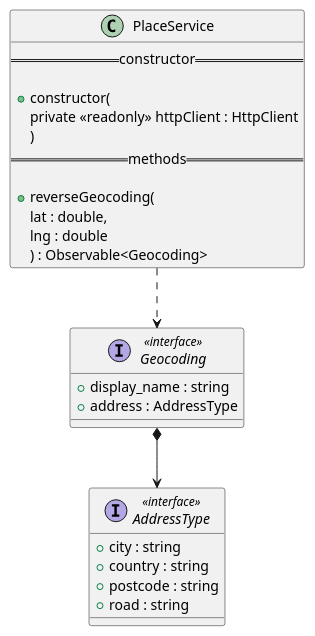
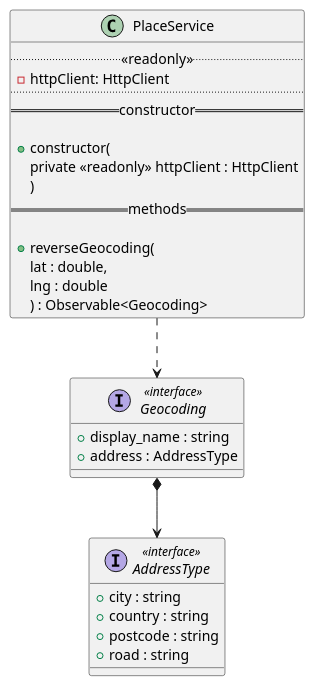
The diagram in docs/diagrams/services/placeservice.pu (GruppOne/stalker-web-app), drawn with PlantUML before and after one commit. The commit also changed 26 other files, not shown here.

Commit message:
docs: fix class diagrams and add design-pattern diagrams

```diff
--- a/docs/diagrams/services/placeservice.pu
+++ b/docs/diagrams/services/placeservice.pu
@@ -1,31 +1,34 @@
 @startuml PlaceService
 
 interface Geocoding <<interface>> {
   + display_name : string
   + address : AddressType
 }
 
 interface AddressType <<interface>> {
   + city : string
   + country : string
   + postcode : string
   + road : string
 }
 
 class PlaceService {
+  ..<<readonly>>..
+  - httpClient: HttpClient
+  ....
   == constructor ==
 
   + constructor(
     private <<readonly>> httpClient : HttpClient
     )
   == methods ==
 
   + reverseGeocoding(
     lat : double,
     lng : double
     ) : Observable<Geocoding>
 }
 
 Geocoding *--> AddressType
 PlaceService ..> Geocoding
 @enduml
```
